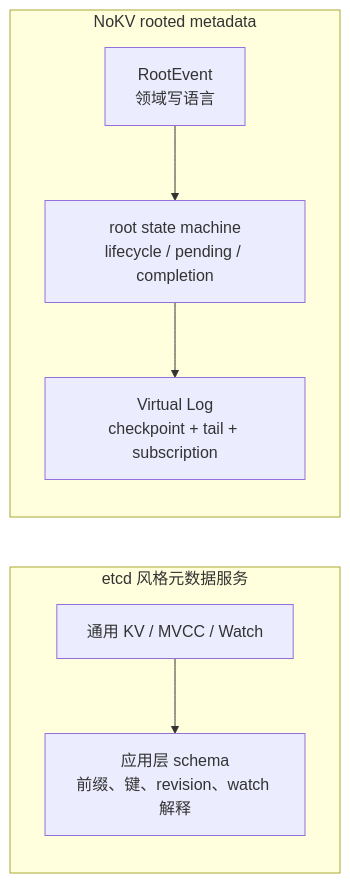
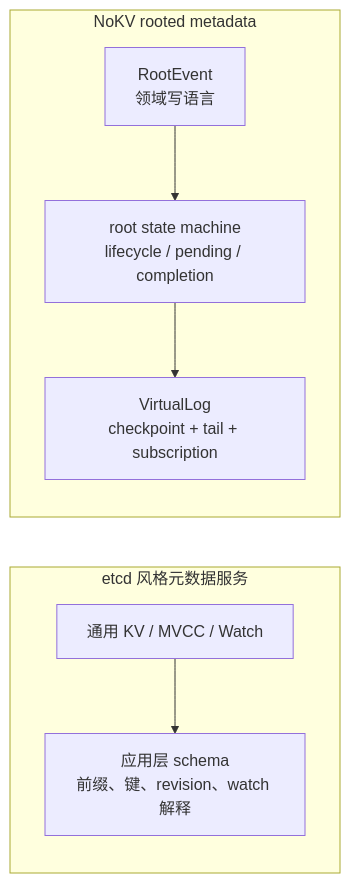
One commit to feichai0017/NoKV changed the second of 5 diagrams in docs/notes/2026-04-03-delos-lite-metadata-root-roadmap.md. Above: the diagram before and after it, drawn with Mermaid. The commit also changed other lines of this file and 14 other files, not shown here.

````diff
--- a/docs/notes/2026-04-03-delos-lite-metadata-root-roadmap.md
+++ b/docs/notes/2026-04-03-delos-lite-metadata-root-roadmap.md
@@ -186,16 +186,16 @@
 ```mermaid
 flowchart LR
     subgraph ETCD["etcd 风格元数据服务"]
         EKV["通用 KV / MVCC / Watch"]
         APP["应用层 schema\n前缀、键、revision、watch 解释"]
         EKV --> APP
     end
 
     subgraph ROOT["NoKV rooted metadata"]
         EVT["RootEvent\n领域写语言"]
         STM["root state machine\nlifecycle / pending / completion"]
-        VLOG["Virtual Log\ncheckpoint + tail + subscription"]
+        VLOG["VirtualLog\ncheckpoint + tail + subscription"]
         EVT --> STM
         STM --> VLOG
     end
 ```
````
